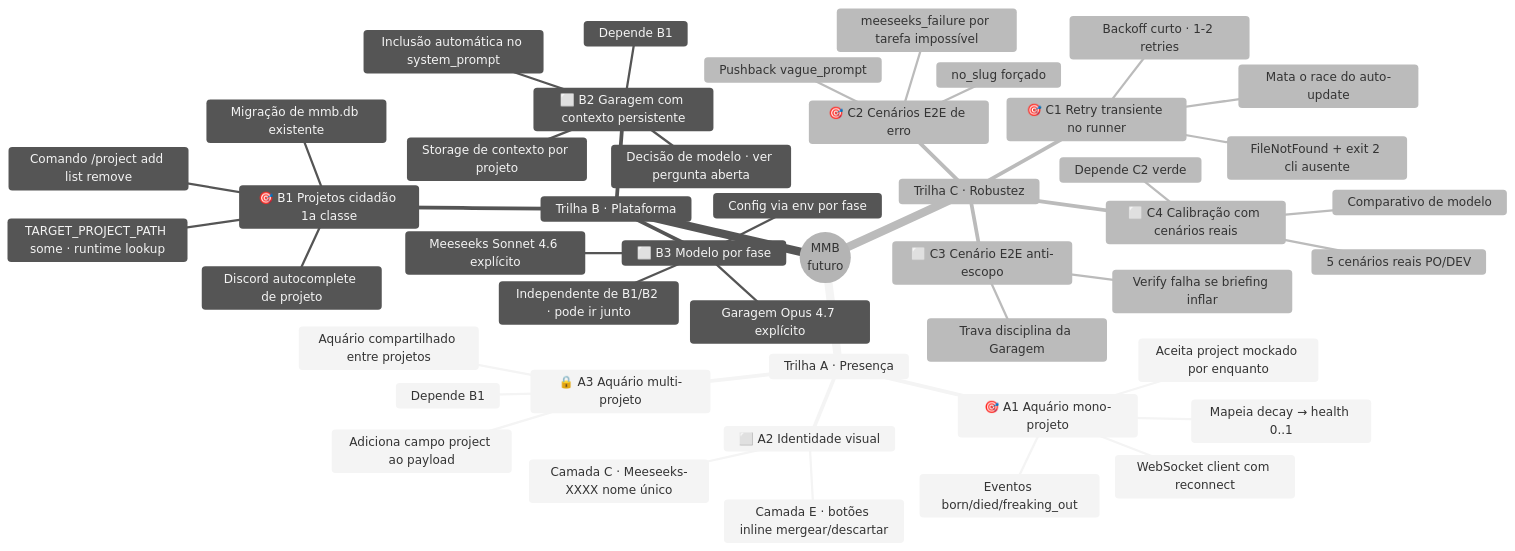
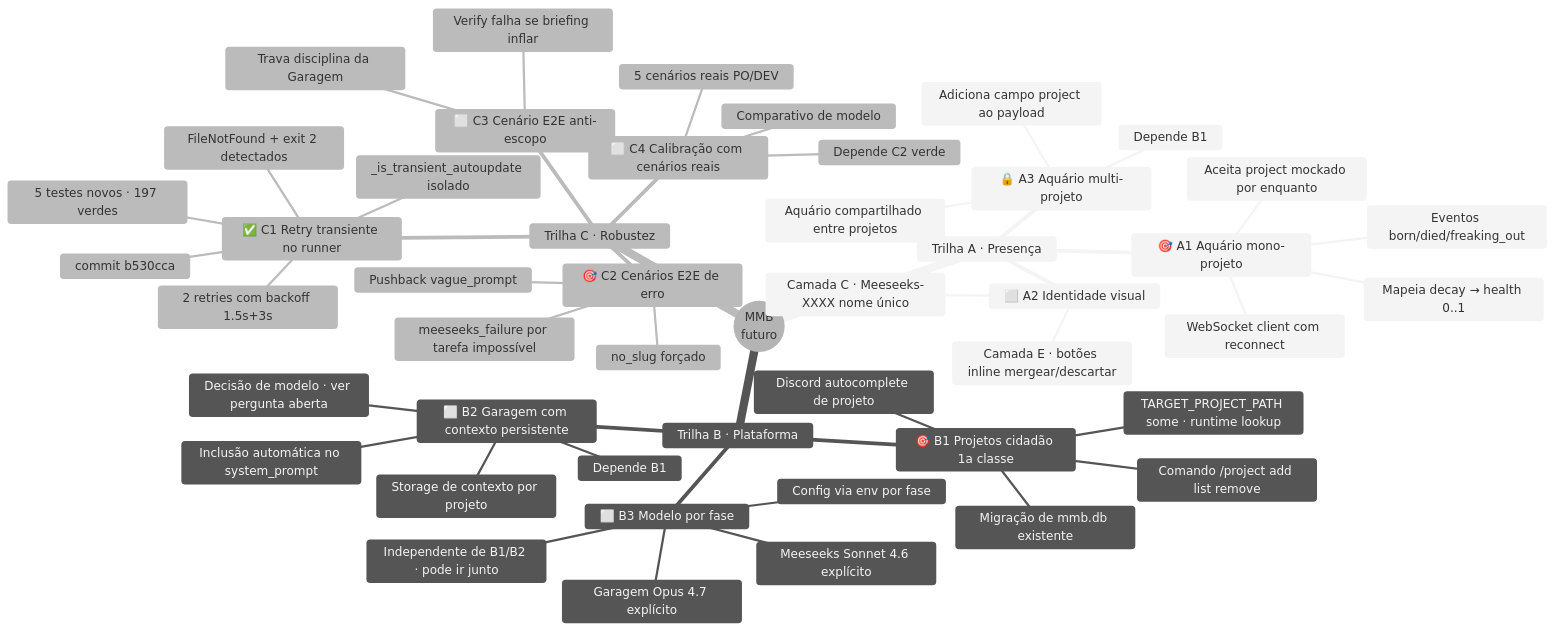
Before and after one commit to x-force-42/mmb-core: the third of 4 diagrams in docs/arvore.md, drawn with Mermaid (neutral theme). The commit also changed other lines of this file and 2 other files, not shown here.

````diff
--- a/docs/arvore.md
+++ b/docs/arvore.md
@@ -112,49 +117,51 @@
 ```mermaid
 mindmap
   root((MMB<br/>futuro))
     Trilha A · Presença
       🎯 A1 Aquário mono-projeto
         WebSocket client com reconnect
         Mapeia decay → health 0..1
         Eventos born/died/freaking_out
         Aceita project mockado por enquanto
       ⬜ A2 Identidade visual
         Camada C · Meeseeks-XXXX nome único
         Camada E · botões inline mergear/descartar
       🔒 A3 Aquário multi-projeto
         Depende B1
         Adiciona campo project ao payload
         Aquário compartilhado entre projetos
     Trilha B · Plataforma
       🎯 B1 Projetos cidadão 1a classe
         Comando /project add list remove
         Discord autocomplete de projeto
         TARGET_PROJECT_PATH some · runtime lookup
         Migração de mmb.db existente
       ⬜ B2 Garagem com contexto persistente
         Decisão de modelo · ver pergunta aberta
         Storage de contexto por projeto
         Inclusão automática no system_prompt
         Depende B1
       ⬜ B3 Modelo por fase
         Garagem Opus 4.7 explícito
         Meeseeks Sonnet 4.6 explícito
         Config via env por fase
         Independente de B1/B2 · pode ir junto
     Trilha C · Robustez
-      🎯 C1 Retry transiente no runner
-        FileNotFound + exit 2 cli ausente
-        Backoff curto · 1-2 retries
-        Mata o race do auto-update
+      ✅ C1 Retry transiente no runner
+        commit b530cca
+        FileNotFound + exit 2 detectados
+        2 retries com backoff 1.5s+3s
+        _is_transient_autoupdate isolado
+        5 testes novos · 197 verdes
       🎯 C2 Cenários E2E de erro
         Pushback vague_prompt
         no_slug forçado
         meeseeks_failure por tarefa impossível
       ⬜ C3 Cenário E2E anti-escopo
         Verify falha se briefing inflar
         Trava disciplina da Garagem
       ⬜ C4 Calibração com cenários reais
         5 cenários reais PO/DEV
         Comparativo de modelo
         Depende C2 verde
 ```
````
